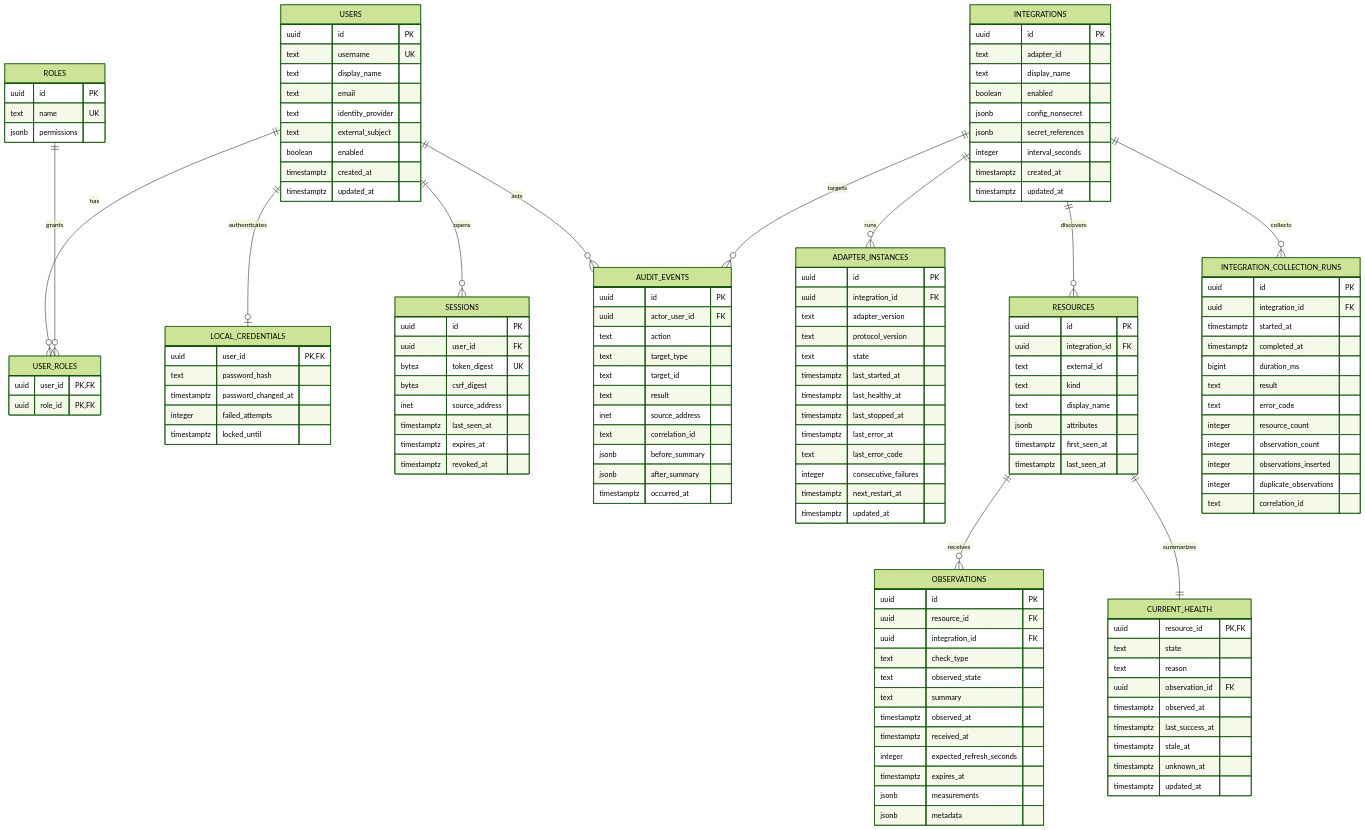
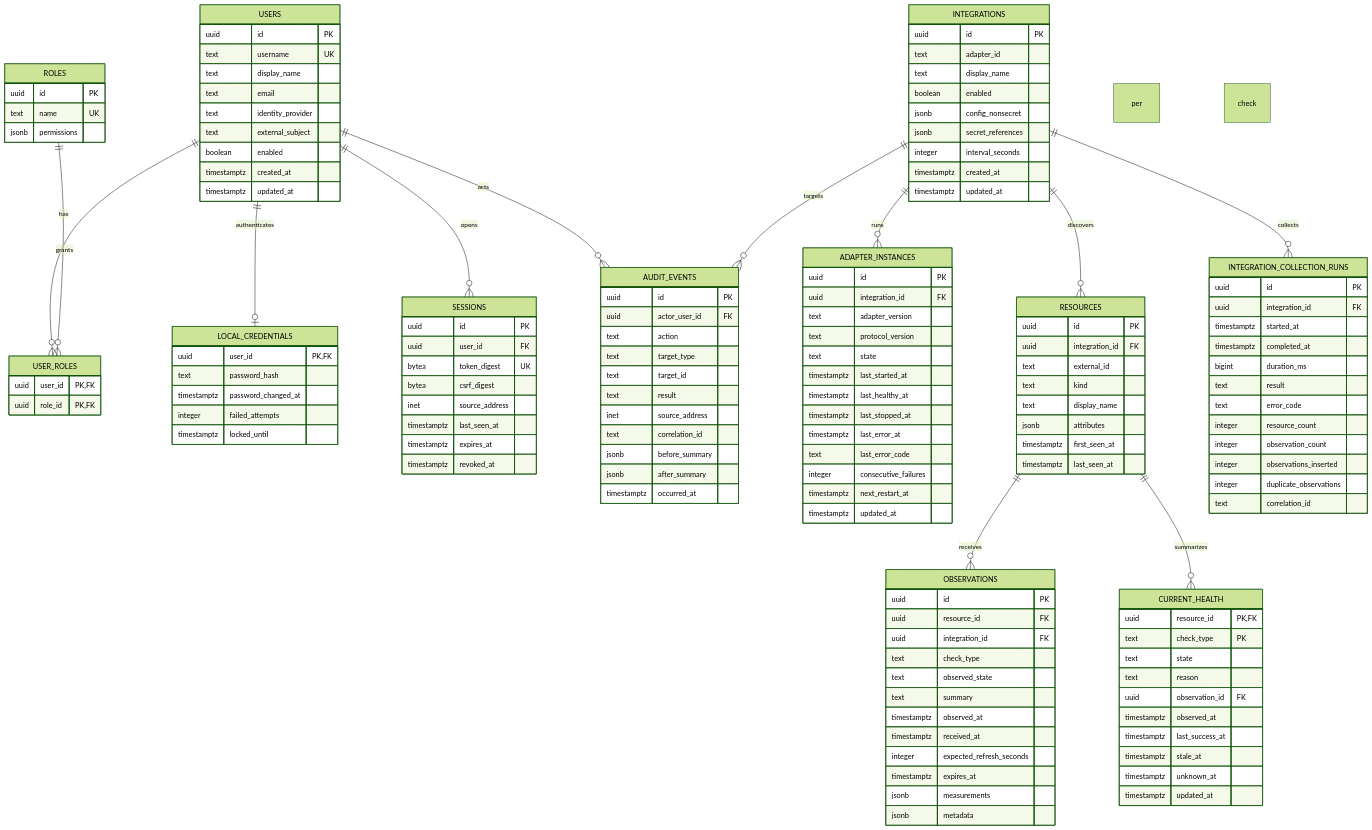
Before and after one commit to PrincepsVIIII/Espial: the first of 2 diagrams in docs/architecture/DATA_MODEL.md, drawn with Mermaid (forest theme). The commit also changed other lines of this file and 17 other files, not shown here.

```diff
--- a/docs/architecture/DATA_MODEL.md
+++ b/docs/architecture/DATA_MODEL.md
@@ -17,7 +17,7 @@
     INTEGRATIONS ||--o{ RESOURCES : discovers
     INTEGRATIONS ||--o{ INTEGRATION_COLLECTION_RUNS : collects
     RESOURCES ||--o{ OBSERVATIONS : receives
-    RESOURCES ||--|| CURRENT_HEALTH : summarizes
+    RESOURCES ||--o{ CURRENT_HEALTH : summarizes per check
     INTEGRATIONS ||--o{ AUDIT_EVENTS : targets
 
     USERS {
@@ -123,6 +123,7 @@
     }
     CURRENT_HEALTH {
       uuid resource_id PK,FK
+      text check_type PK
       text state
       text reason
       uuid observation_id FK
```
